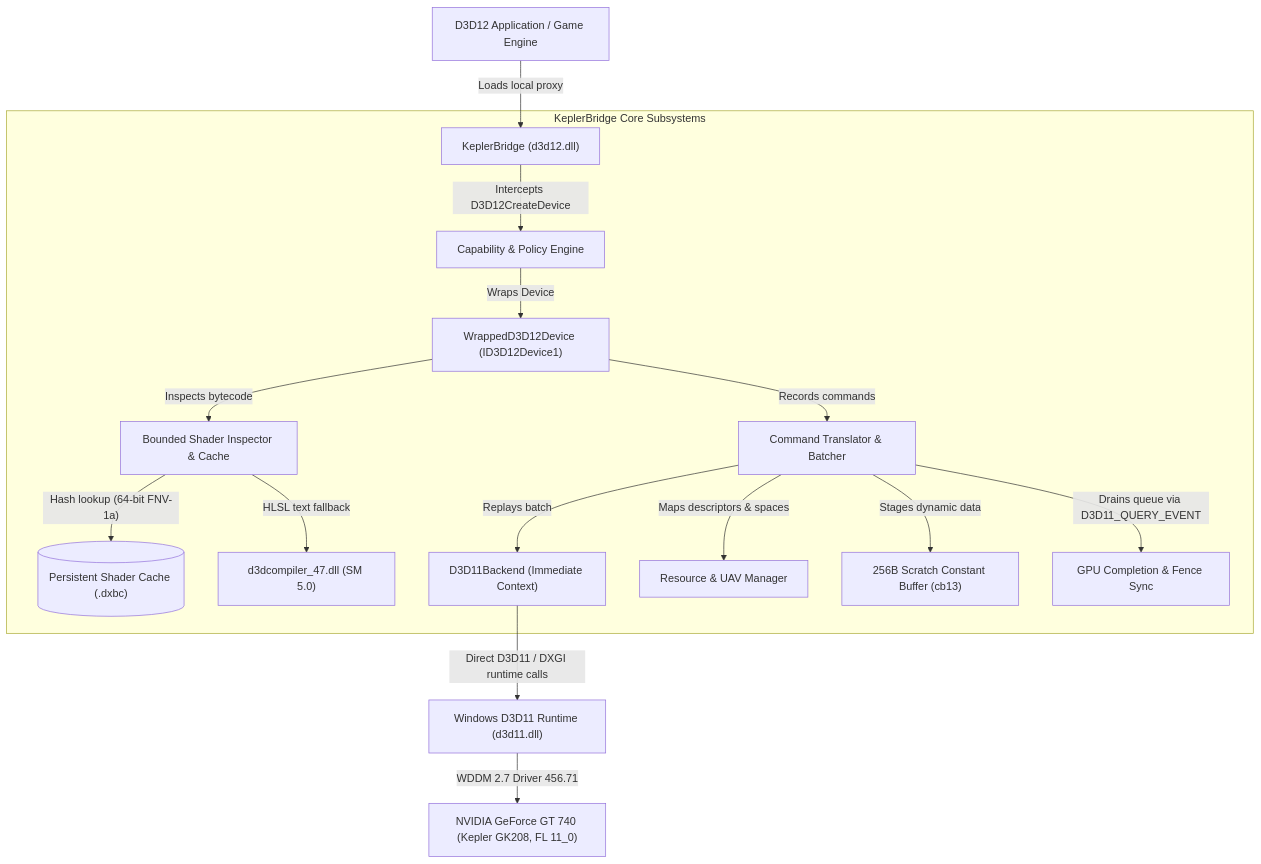
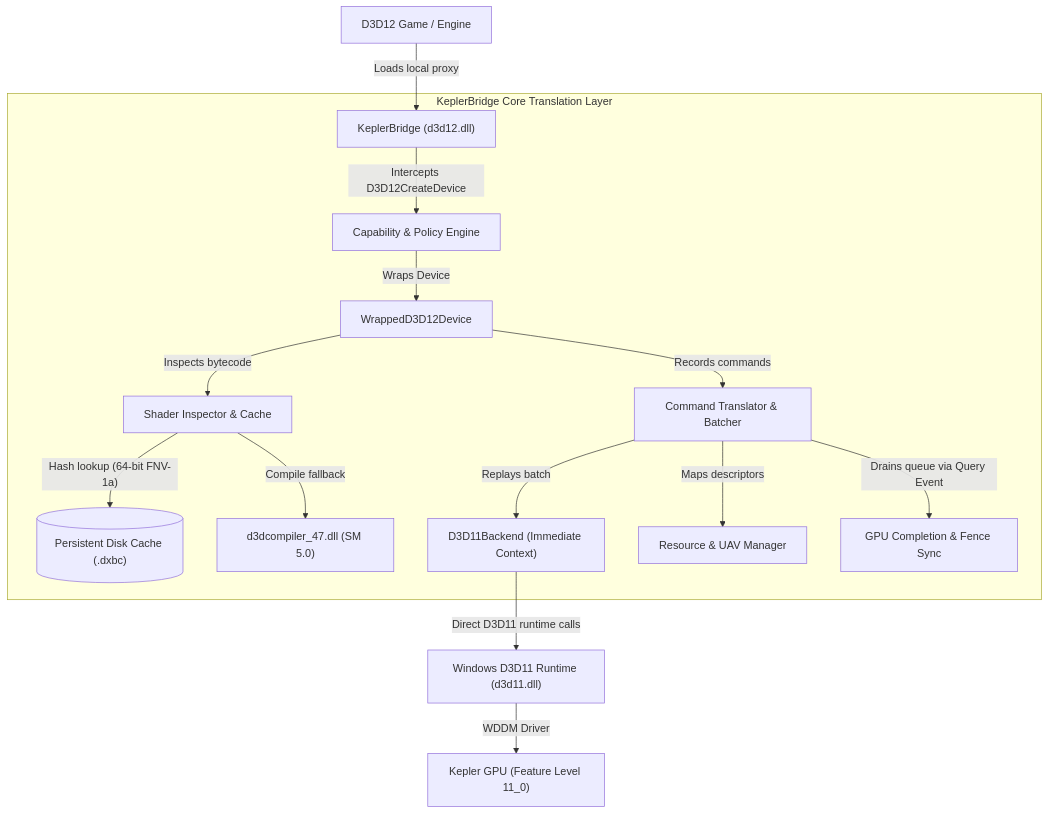
Before and after one commit to HamzaShaikhAI/KeplerBridge: the diagram in README.md, drawn with Mermaid. The commit also changed other lines of this file and 47 other files, not shown here.

````diff
--- a/README.md
+++ b/README.md
@@ -29,23 +126,22 @@
 ```mermaid
 flowchart TD
-    App["D3D12 Application / Game Engine"] -->|"Loads local proxy"| Proxy["KeplerBridge (d3d12.dll)"]
+    App["D3D12 Game / Engine"] -->|"Loads local proxy"| Proxy["KeplerBridge (d3d12.dll)"]
 
-    subgraph KeplerBridgeCore["KeplerBridge Core Subsystems"]
+    subgraph Core["KeplerBridge Core Translation Layer"]
         Proxy -->|"Intercepts D3D12CreateDevice"| PolicyEngine["Capability & Policy Engine"]
-        PolicyEngine -->|"Wraps Device"| WrappedDev["WrappedD3D12Device (ID3D12Device1)"]
+        PolicyEngine -->|"Wraps Device"| WrappedDev["WrappedD3D12Device"]
 
         WrappedDev -->|"Records commands"| CmdTranslator["Command Translator & Batcher"]
-        WrappedDev -->|"Inspects bytecode"| ShaderEngine["Bounded Shader Inspector & Cache"]
+        WrappedDev -->|"Inspects bytecode"| ShaderEngine["Shader Inspector & Cache"]
 
-        ShaderEngine -->|"Hash lookup (64-bit FNV-1a)"| DiskCache[("Persistent Shader Cache (.dxbc)")]
-        ShaderEngine -->|"HLSL text fallback"| D3DCompile["d3dcompiler_47.dll (SM 5.0)"]
+        ShaderEngine -->|"Hash lookup (64-bit FNV-1a)"| DiskCache[("Persistent Disk Cache (.dxbc)")]
+        ShaderEngine -->|"Compile fallback"| D3DCompile["d3dcompiler_47.dll (SM 5.0)"]
 
         CmdTranslator -->|"Replays batch"| Backend["D3D11Backend (Immediate Context)"]
-        CmdTranslator -->|"Maps descriptors & spaces"| ResManager["Resource & UAV Manager"]
-        CmdTranslator -->|"Stages dynamic data"| StagingBuffer["256B Scratch Constant Buffer (cb13)"]
-        CmdTranslator -->|"Drains queue via D3D11_QUERY_EVENT"| FenceSync["GPU Completion & Fence Sync"]
+        CmdTranslator -->|"Maps descriptors"| ResManager["Resource & UAV Manager"]
+        CmdTranslator -->|"Drains queue via Query Event"| FenceSync["GPU Completion & Fence Sync"]
     end
 
-    Backend -->|"Direct D3D11 / DXGI runtime calls"| D3D11Runtime["Windows D3D11 Runtime (d3d11.dll)"]
-    D3D11Runtime -->|"WDDM 2.7 Driver 456.71"| Hardware["NVIDIA GeForce GT 740 (Kepler GK208, FL 11_0)"]
+    Backend -->|"Direct D3D11 runtime calls"| D3D11Runtime["Windows D3D11 Runtime (d3d11.dll)"]
+    D3D11Runtime -->|"WDDM Driver"| Hardware["Kepler GPU (Feature Level 11_0)"]
 ```
````
